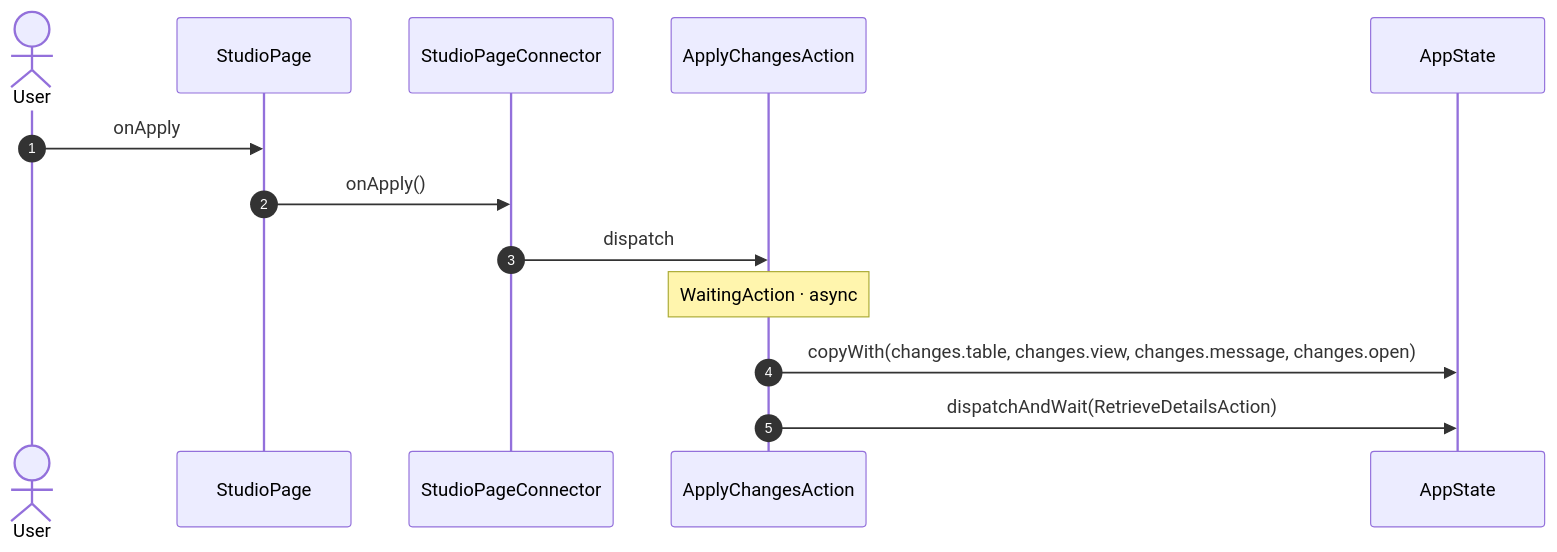
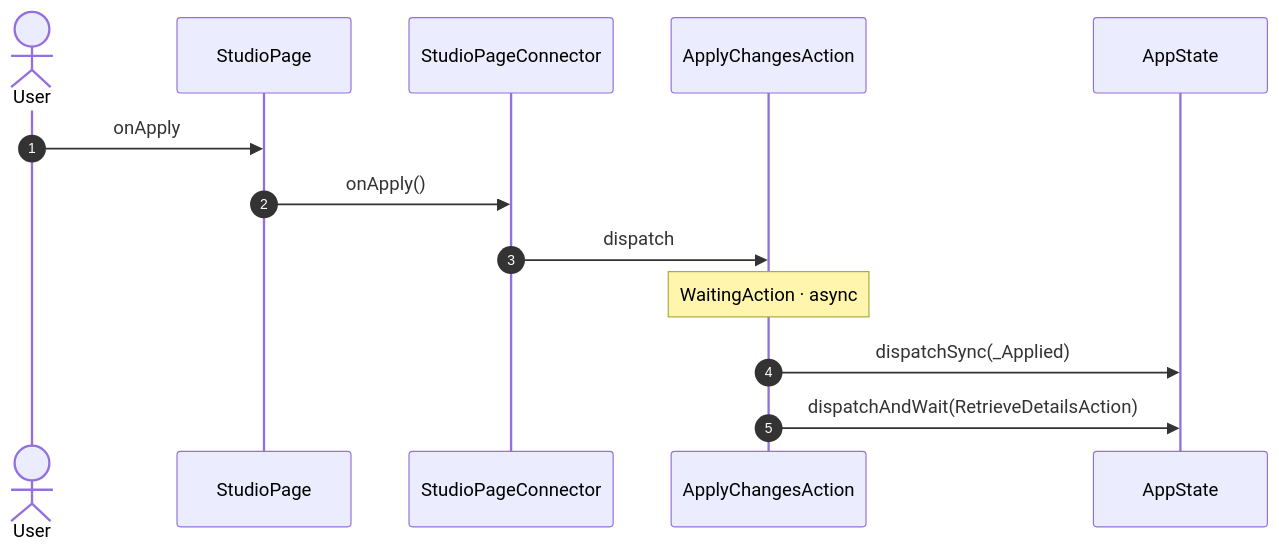
Before and after one commit to gencto/wyrm: the sixth of 18 diagrams in studio/docs/flows/studio.md, drawn with Mermaid. The commit also changed other lines of this file and 35 other files, not shown here.

````diff
--- a/studio/docs/flows/studio.md
+++ b/studio/docs/flows/studio.md
@@ -99,16 +99,16 @@
 ```mermaid
 sequenceDiagram
     autonumber
     actor User
     participant UI as StudioPage
     participant VM as StudioPageConnector
     participant A1 as ApplyChangesAction
     participant ST as AppState
 
     User->>UI: onApply
     UI->>VM: onApply()
     VM->>A1: dispatch
     Note over A1: WaitingAction · async
-    A1->>ST: copyWith(changes.table, changes.view, changes.message, changes.open)
+    A1->>ST: dispatchSync(_Applied)
     A1->>ST: dispatchAndWait(RetrieveDetailsAction)
 ```
````
